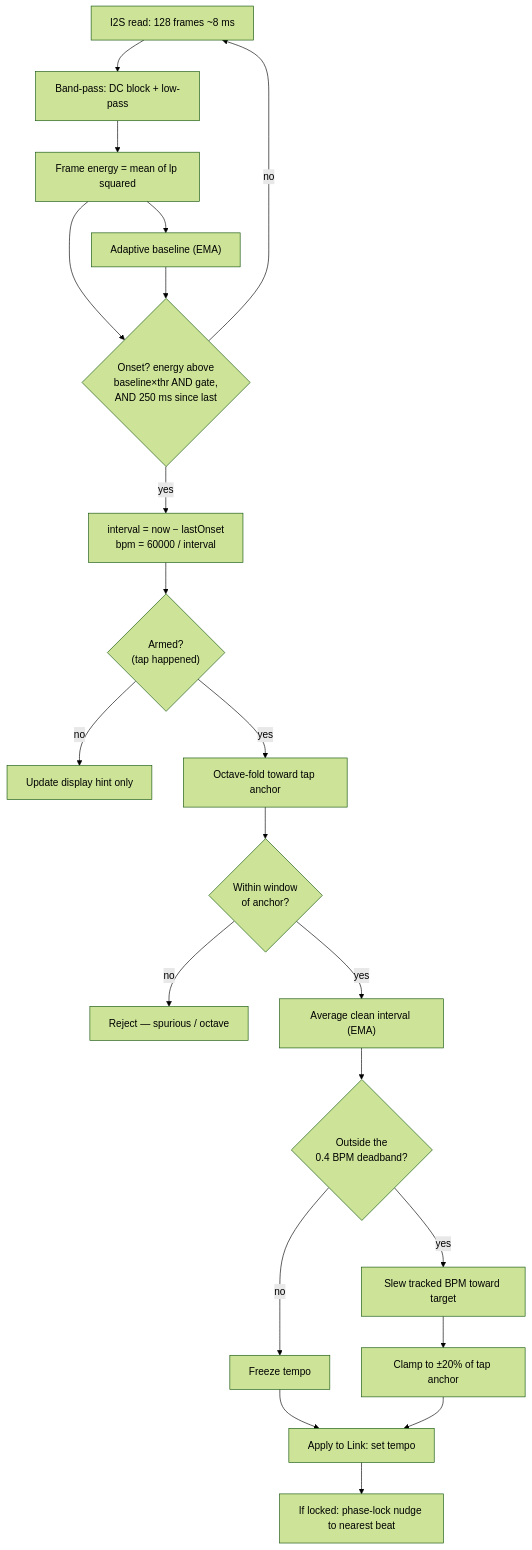
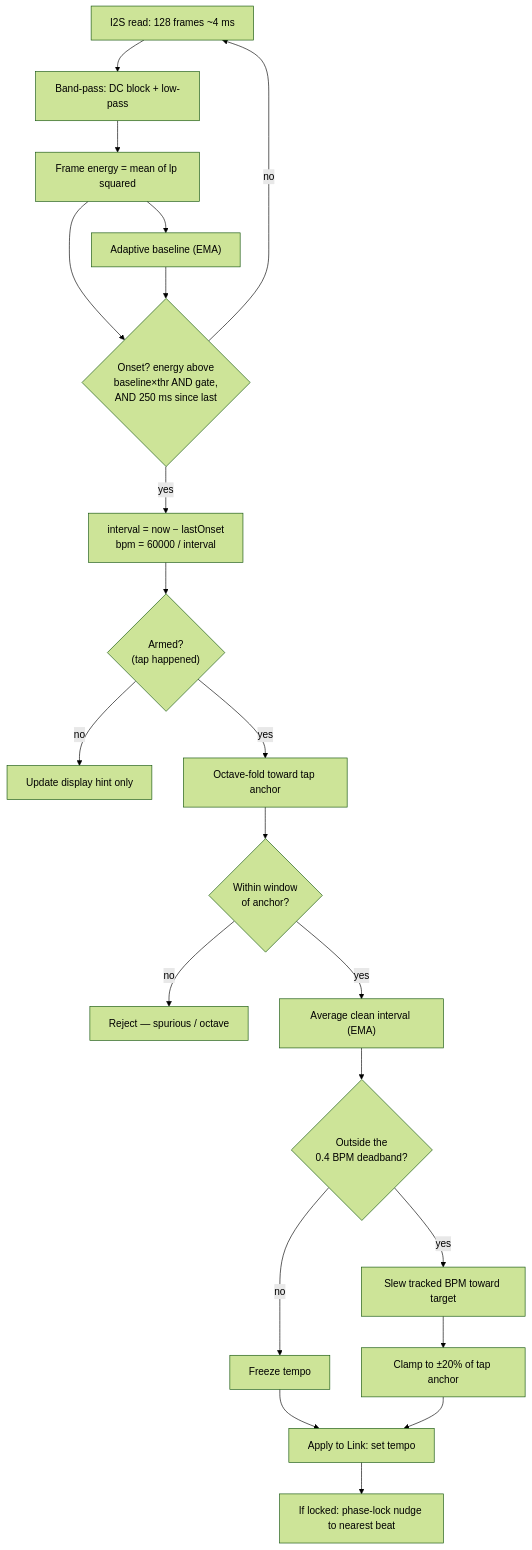
One commit to dinther/tapbox changed the second of 5 diagrams in BEAT_DETECTION.md. Above: the diagram before and after it, drawn with Mermaid (forest theme). The commit also changed other lines of this file and 13 other files, not shown here.

````diff
--- a/BEAT_DETECTION.md
+++ b/BEAT_DETECTION.md
@@ -41,23 +41,23 @@
 ```mermaid
 flowchart TD
-    I2S["I2S read: 128 frames ~8 ms"] --> BP["Band-pass: DC block + low-pass"]
+    I2S["I2S read: 128 frames ~4 ms"] --> BP["Band-pass: DC block + low-pass"]
     BP --> EN["Frame energy = mean of lp squared"]
     EN --> BASE["Adaptive baseline (EMA)"]
     EN --> ONS{"Onset? energy above<br/>baseline×thr AND gate,<br/>AND 250 ms since last"}
     BASE --> ONS
     ONS -->|no| I2S
     ONS -->|yes| IVL["interval = now − lastOnset<br/>bpm = 60000 / interval"]
     IVL --> ARM{"Armed?<br/>(tap happened)"}
     ARM -->|no| HINT["Update display hint only"]
     ARM -->|yes| FOLD["Octave-fold toward tap anchor"]
     FOLD --> WIN{"Within window<br/>of anchor?"}
     WIN -->|no| REJECT["Reject — spurious / octave"]
     WIN -->|yes| EMA["Average clean interval (EMA)"]
     EMA --> DB{"Outside the<br/>0.4 BPM deadband?"}
     DB -->|no| FREEZE["Freeze tempo"]
     DB -->|yes| SLEW["Slew tracked BPM toward target"]
     SLEW --> CLAMP["Clamp to ±20% of tap anchor"]
     FREEZE --> APPLY
     CLAMP --> APPLY["Apply to Link: set tempo"]
     APPLY --> PLL["If locked: phase-lock nudge to nearest beat"]
 ```
````
